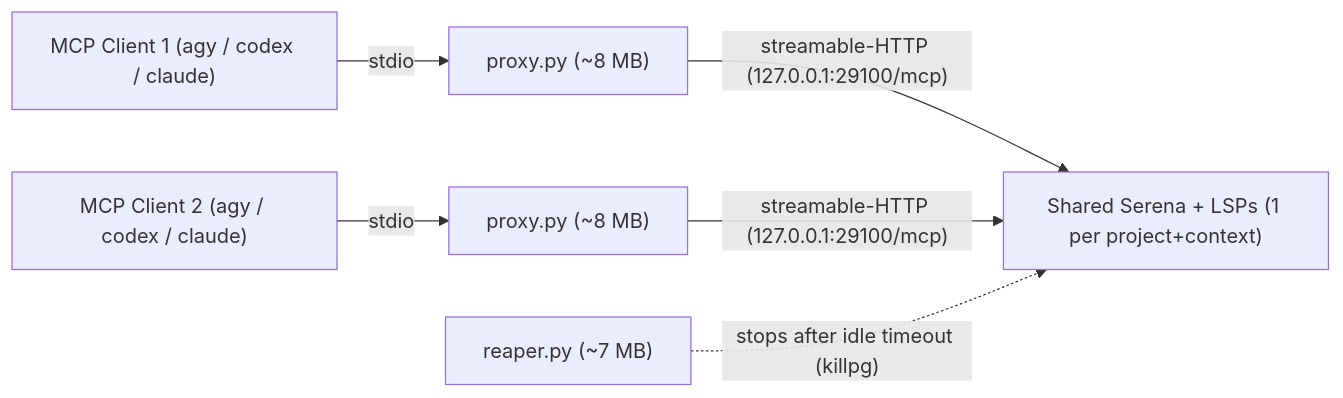
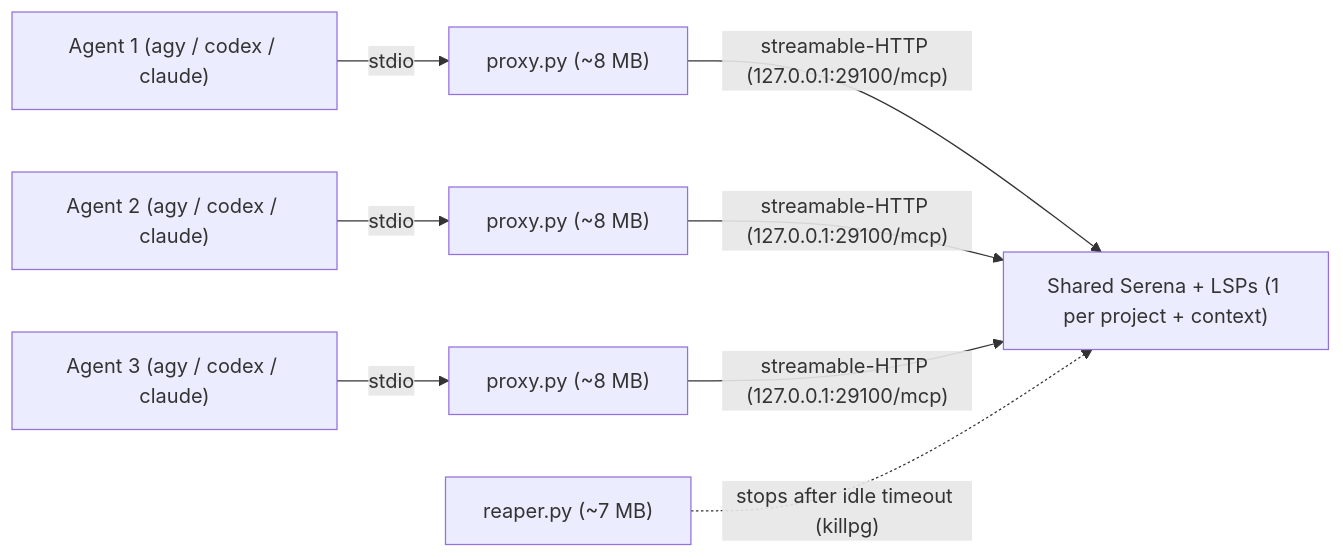
The diagram in README.md (ryanwclark1/serena-shared), drawn with Mermaid before and after one commit. The commit also changed other lines of this file and 4 other files, not shown here.

````diff
--- a/README.md
+++ b/README.md
@@ -13,8 +46,10 @@
 ```mermaid
 flowchart LR
-    C1["MCP Client 1 (agy / codex / claude)"] -->|stdio| P1["proxy.py (~8 MB)"]
-    C2["MCP Client 2 (agy / codex / claude)"] -->|stdio| P2["proxy.py (~8 MB)"]
-    P1 -->|"streamable-HTTP (127.0.0.1:29100/mcp)"| S["Shared Serena + LSPs (1 per project+context)"]
+    C1["Agent 1 (agy / codex / claude)"] -->|stdio| P1["proxy.py (~8 MB)"]
+    C2["Agent 2 (agy / codex / claude)"] -->|stdio| P2["proxy.py (~8 MB)"]
+    C3["Agent 3 (agy / codex / claude)"] -->|stdio| P3["proxy.py (~8 MB)"]
+    P1 -->|"streamable-HTTP (127.0.0.1:29100/mcp)"| S["Shared Serena + LSPs (1 per project + context)"]
     P2 -->|"streamable-HTTP (127.0.0.1:29100/mcp)"| S
+    P3 -->|"streamable-HTTP (127.0.0.1:29100/mcp)"| S
     R["reaper.py (~7 MB)"] -.->|"stops after idle timeout (killpg)"| S
 ```
````
